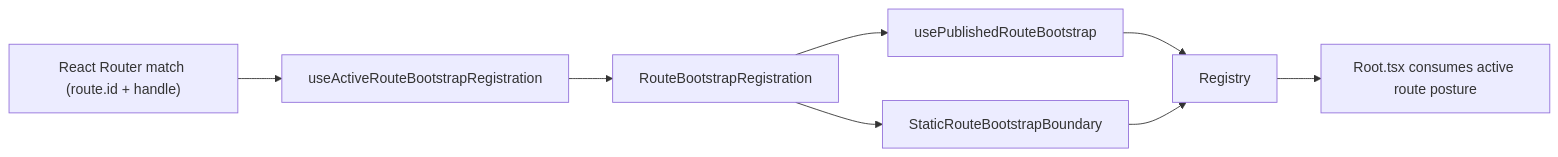
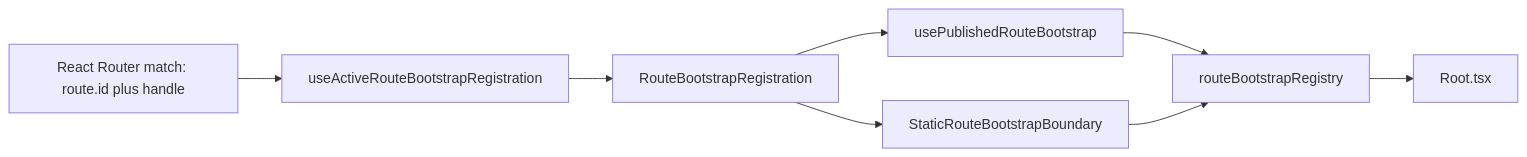
Before and after one commit to dunay2/dvt: the first of 2 diagrams in docs/architecture/components/web/graph/graph-route-bootstrap-architecture.md, drawn with Mermaid. The commit also changed other lines of this file and 4 other files, not shown here.

Commit message:
docs(docs): Compact graph architecture pack and fix doc encoding

````diff
--- a/docs/architecture/components/web/graph/graph-route-bootstrap-architecture.md
+++ b/docs/architecture/components/web/graph/graph-route-bootstrap-architecture.md
@@ -41,10 +51,10 @@
 ```mermaid
 flowchart LR
-  Router["React Router match (route.id + handle)"] --> Active["useActiveRouteBootstrapRegistration"]
+  Router["React Router match: route.id plus handle"] --> Active["useActiveRouteBootstrapRegistration"]
   Active --> Registration["RouteBootstrapRegistration"]
   Registration --> Publisher["usePublishedRouteBootstrap"]
   Registration --> StaticBoundary["StaticRouteBootstrapBoundary"]
-  Publisher --> Registry
+  Publisher --> Registry["routeBootstrapRegistry"]
   StaticBoundary --> Registry
-  Registry --> Root["Root.tsx consumes active route posture"]
+  Registry --> Root["Root.tsx"]
 ```
````
